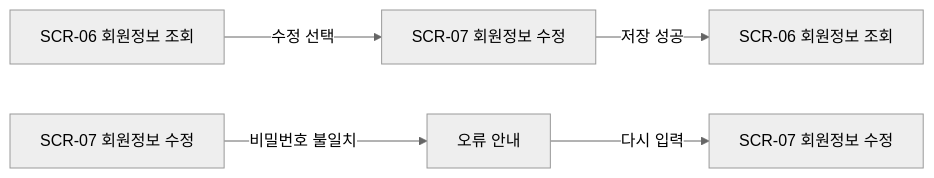
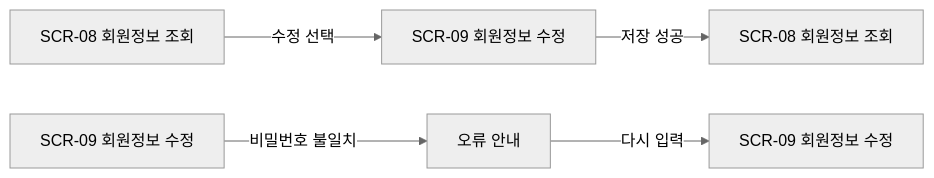
Before and after one commit to jackie020105-beep/WebJava_Project: the fifth of 6 diagrams in docs/02_StoryBoard/화면설계서.md, drawn with Mermaid (neutral theme). The commit also changed other lines of this file, not shown here.

````diff
--- a/docs/02_StoryBoard/화면설계서.md
+++ b/docs/02_StoryBoard/화면설계서.md
@@ -162,9 +169,9 @@
 ```mermaid
 %%{init: {'flowchart': {'curve': 'linear'}}}%%
 flowchart LR
-    A1["SCR-06 회원정보 조회"] -->|"수정 선택"| A2["SCR-07 회원정보 수정"]
-    A2 -->|"저장 성공"| A3["SCR-06 회원정보 조회"]
+    A1["SCR-08 회원정보 조회"] -->|"수정 선택"| A2["SCR-09 회원정보 수정"]
+    A2 -->|"저장 성공"| A3["SCR-08 회원정보 조회"]
 
-    B1["SCR-07 회원정보 수정"] -->|"비밀번호 불일치"| B2["오류 안내"]
-    B2 -->|"다시 입력"| B3["SCR-07 회원정보 수정"]
+    B1["SCR-09 회원정보 수정"] -->|"비밀번호 불일치"| B2["오류 안내"]
+    B2 -->|"다시 입력"| B3["SCR-09 회원정보 수정"]
 ```
````
